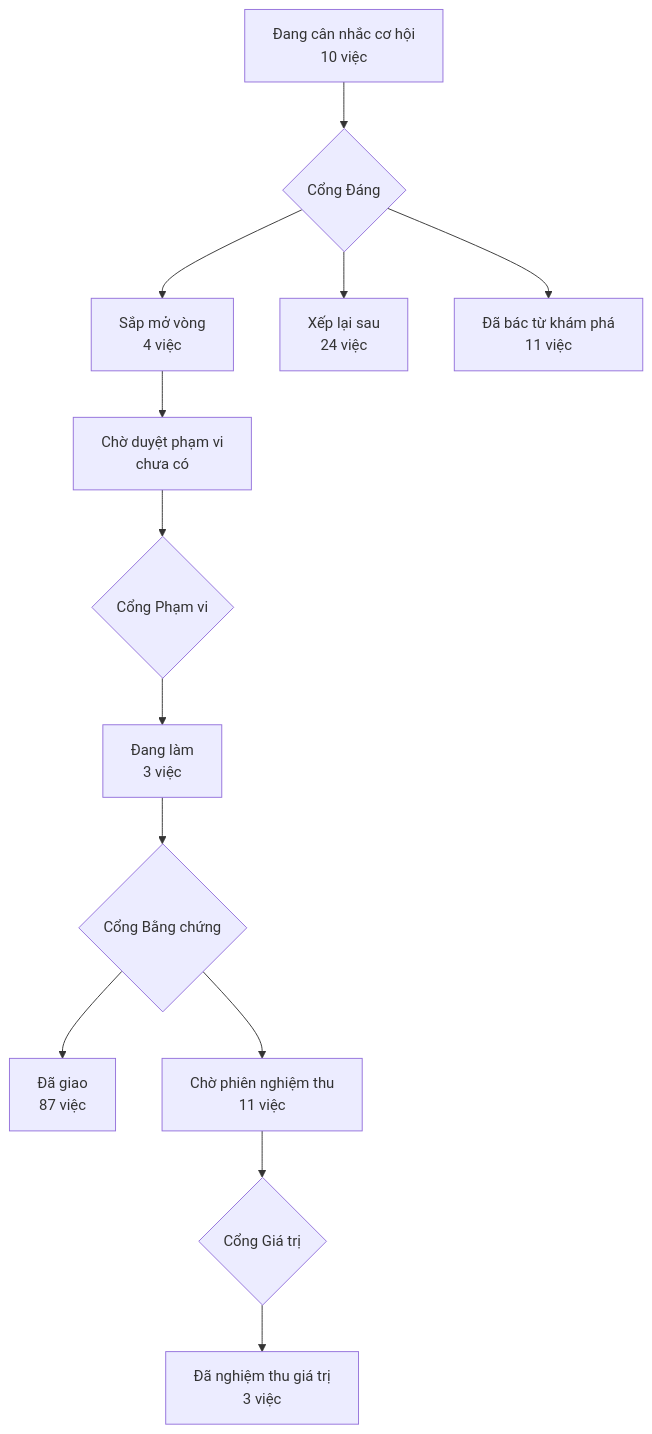
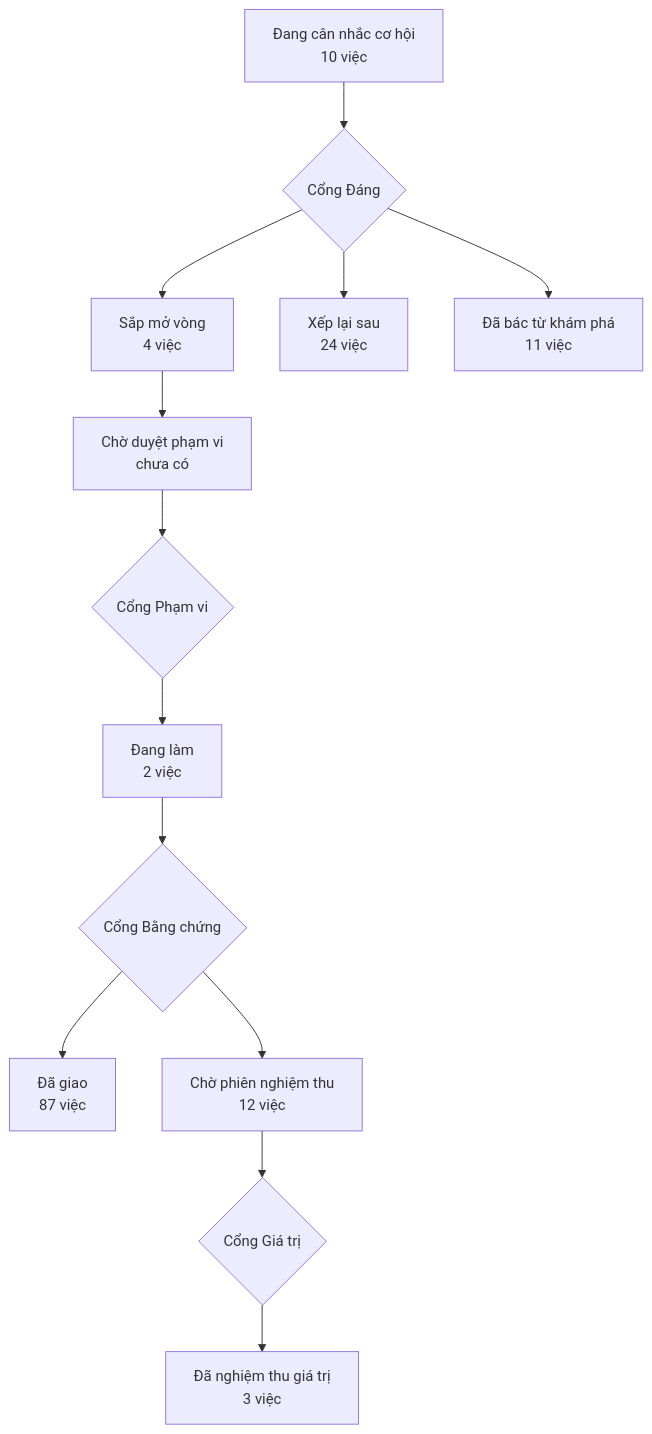
One commit to phanlemanh/acceptance-gate-kit changed the diagram in PRODUCT-MAP.md. Above: the diagram before and after it, drawn with Mermaid. The commit also changed 9 other files, not shown here.

````diff
--- a/PRODUCT-MAP.md
+++ b/PRODUCT-MAP.md
@@ -6,12 +6,12 @@
 ```mermaid
 flowchart TD
   A["Đang cân nhắc cơ hội<br/>10 việc"] --> GD{"Cổng Đáng"}
   GD --> B["Sắp mở vòng<br/>4 việc"]
   GD --> XL["Xếp lại sau<br/>24 việc"]
   GD --> DB["Đã bác từ khám phá<br/>11 việc"]
   B --> CD["Chờ duyệt phạm vi<br/>chưa có"] --> GP{"Cổng Phạm vi"}
-  GP --> DL["Đang làm<br/>3 việc"] --> GB{"Cổng Bằng chứng"}
+  GP --> DL["Đang làm<br/>2 việc"] --> GB{"Cổng Bằng chứng"}
   GB --> DG["Đã giao<br/>87 việc"]
-  GB --> CN["Chờ phiên nghiệm thu<br/>11 việc"] --> GG{"Cổng Giá trị"}
+  GB --> CN["Chờ phiên nghiệm thu<br/>12 việc"] --> GG{"Cổng Giá trị"}
   GG --> NT["Đã nghiệm thu giá trị<br/>3 việc"]
 ```
````
